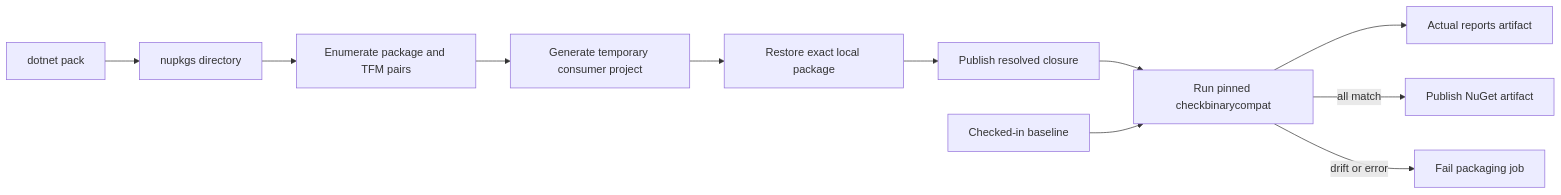
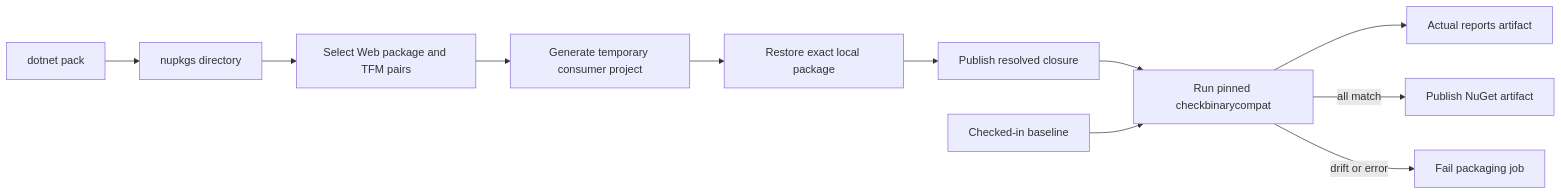
Before and after one commit to microsoft/fhir-server: the first of 2 diagrams in docs/superpowers/specs/2026-07-14-nuget-binary-closure-validation-design.md, drawn with Mermaid. The commit also changed other lines of this file, not shown here.

````diff
--- a/docs/superpowers/specs/2026-07-14-nuget-binary-closure-validation-design.md
+++ b/docs/superpowers/specs/2026-07-14-nuget-binary-closure-validation-design.md
@@ -151,13 +164,13 @@
 ```mermaid
 flowchart LR
     A[dotnet pack] --> B[nupkgs directory]
-    B --> C[Enumerate package and TFM pairs]
+    B --> C[Select Web package and TFM pairs]
     C --> D[Generate temporary consumer project]
     D --> E[Restore exact local package]
     E --> F[Publish resolved closure]
     F --> G[Run pinned checkbinarycompat]
     H[Checked-in baseline] --> G
     G --> I[Actual reports artifact]
     G -->|all match| J[Publish NuGet artifact]
     G -->|drift or error| K[Fail packaging job]
 ```
````
